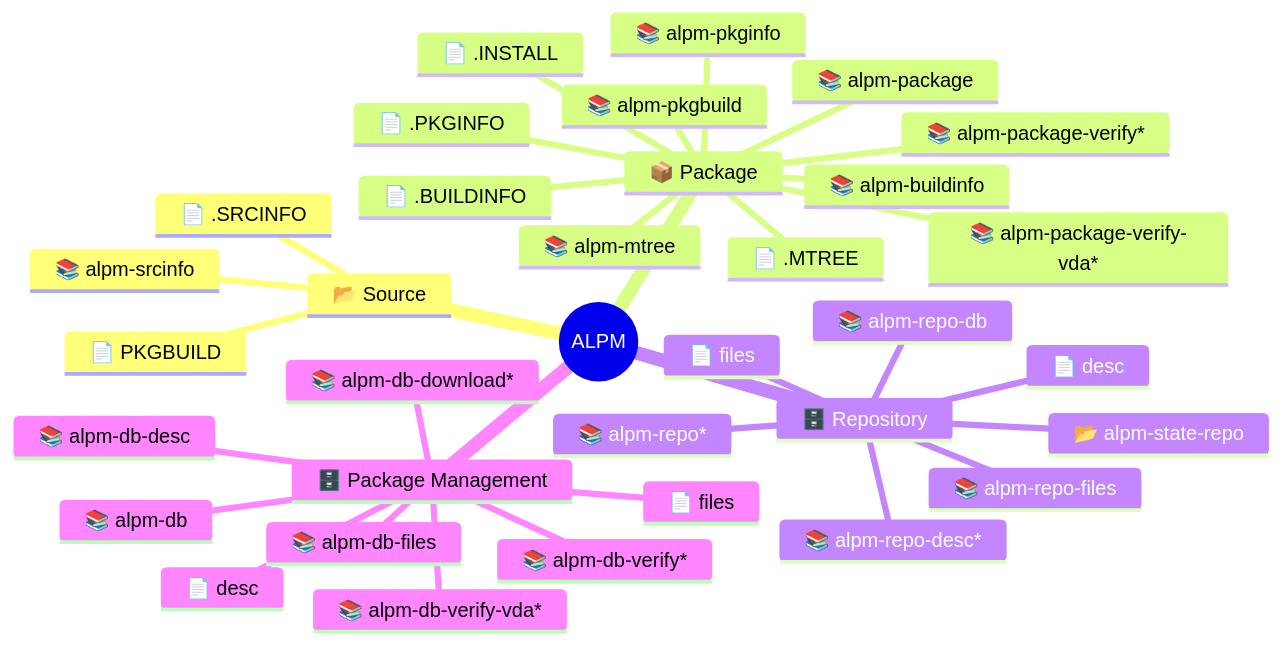
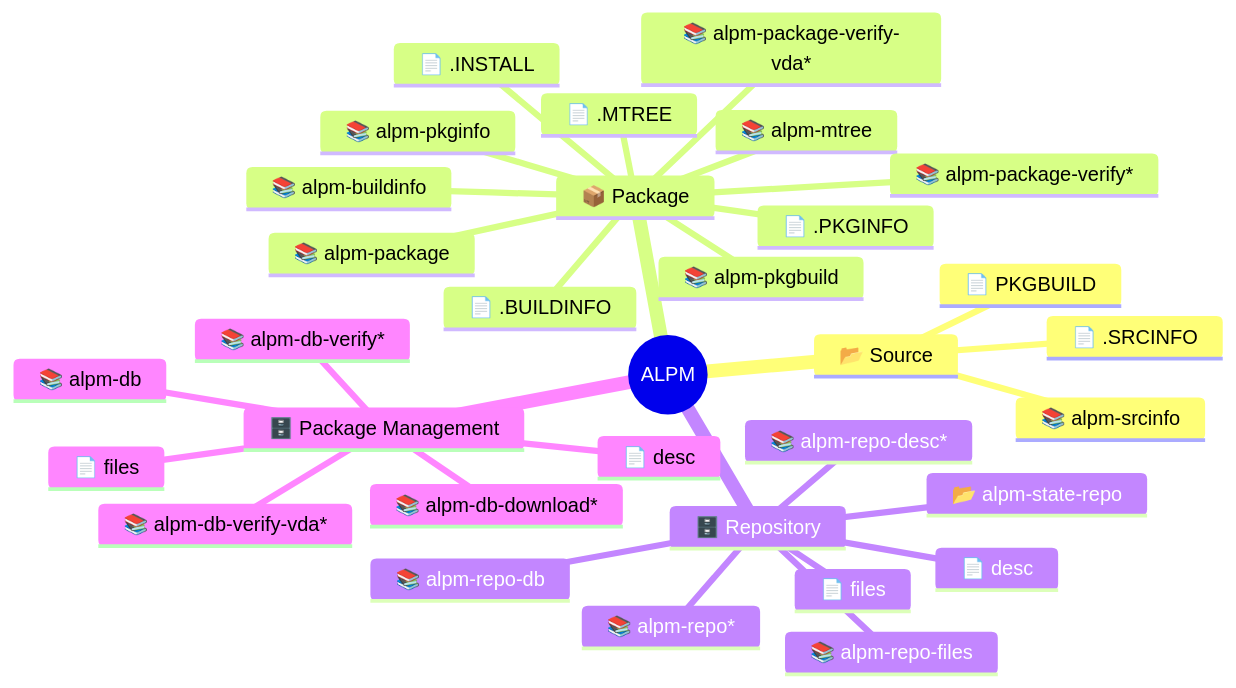
One commit to archlinux/alpm changed the diagram in README.md. Above: the diagram before and after it, drawn with Mermaid. The commit also changed other lines of this file, not shown here.

First line of the commit message:
docs(README): Consolidate information on the `alpm-db` library

````diff
--- a/README.md
+++ b/README.md
@@ -25,37 +25,35 @@
 ```mermaid
 mindmap
   root((ALPM))
     📂 Source
       📄 PKGBUILD
       📄 .SRCINFO
       📚️ alpm-srcinfo
     📦 Package
       📄 .BUILDINFO
       📄 .PKGINFO
       📄 .INSTALL
       📄 .MTREE
       📚️ alpm-buildinfo
       📚️ alpm-pkgbuild
       📚️ alpm-pkginfo
       📚️ alpm-mtree
       📚️ alpm-package
       📚️ alpm-package-verify*
       📚️ alpm-package-verify-vda*
     🗄️ Repository
       📄 desc
       📄 files
       📚️ alpm-repo*
       📚️ alpm-repo-db
       📚️ alpm-repo-desc*
       📚️ alpm-repo-files
       📂 alpm-state-repo
     🗄️ Package Management
       📄 desc
       📄 files
       📚️ alpm-db
-      📚️ alpm-db-desc
       📚️ alpm-db-download*
-      📚️ alpm-db-files
       📚️ alpm-db-verify*
       📚️ alpm-db-verify-vda*
 ```
````
